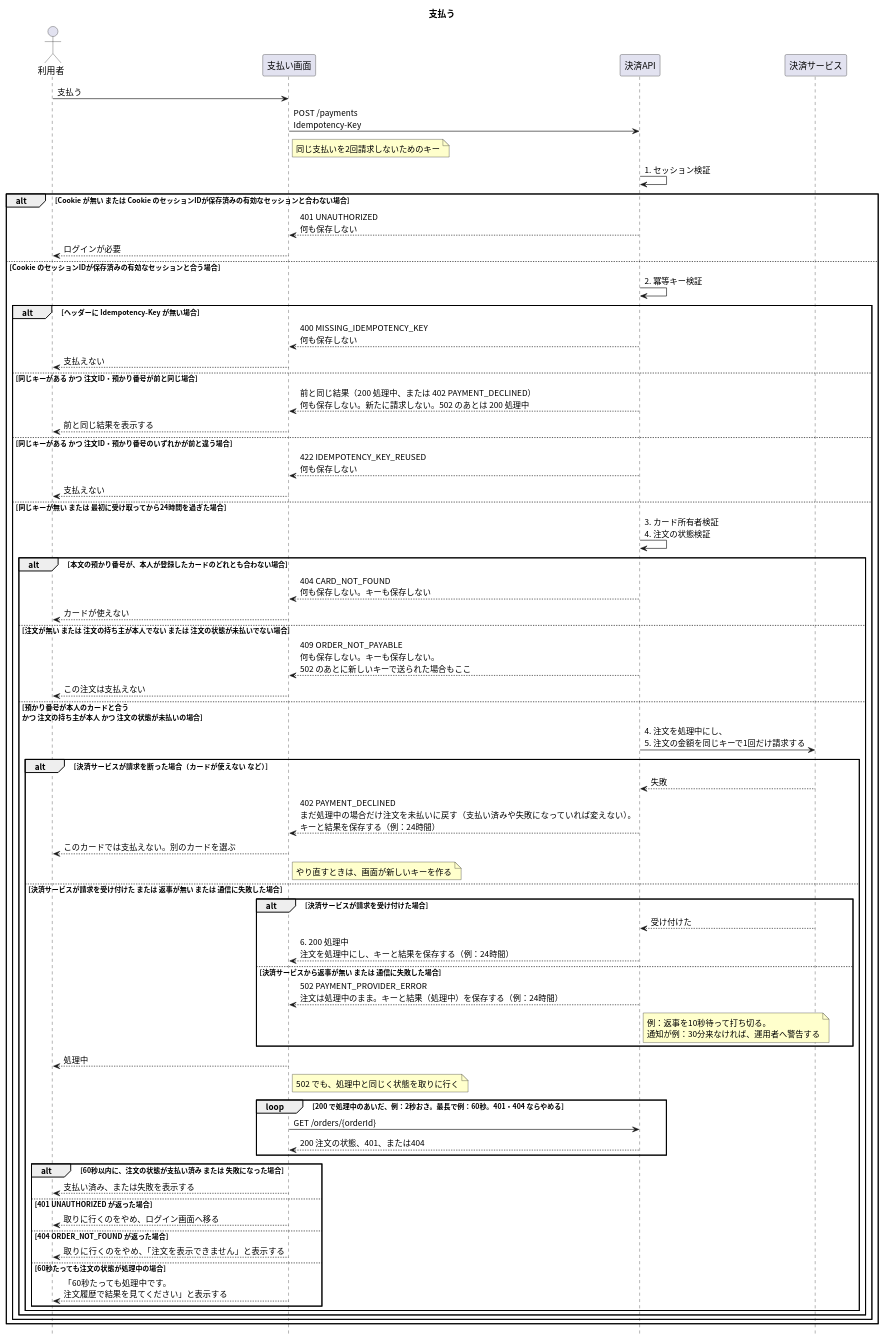
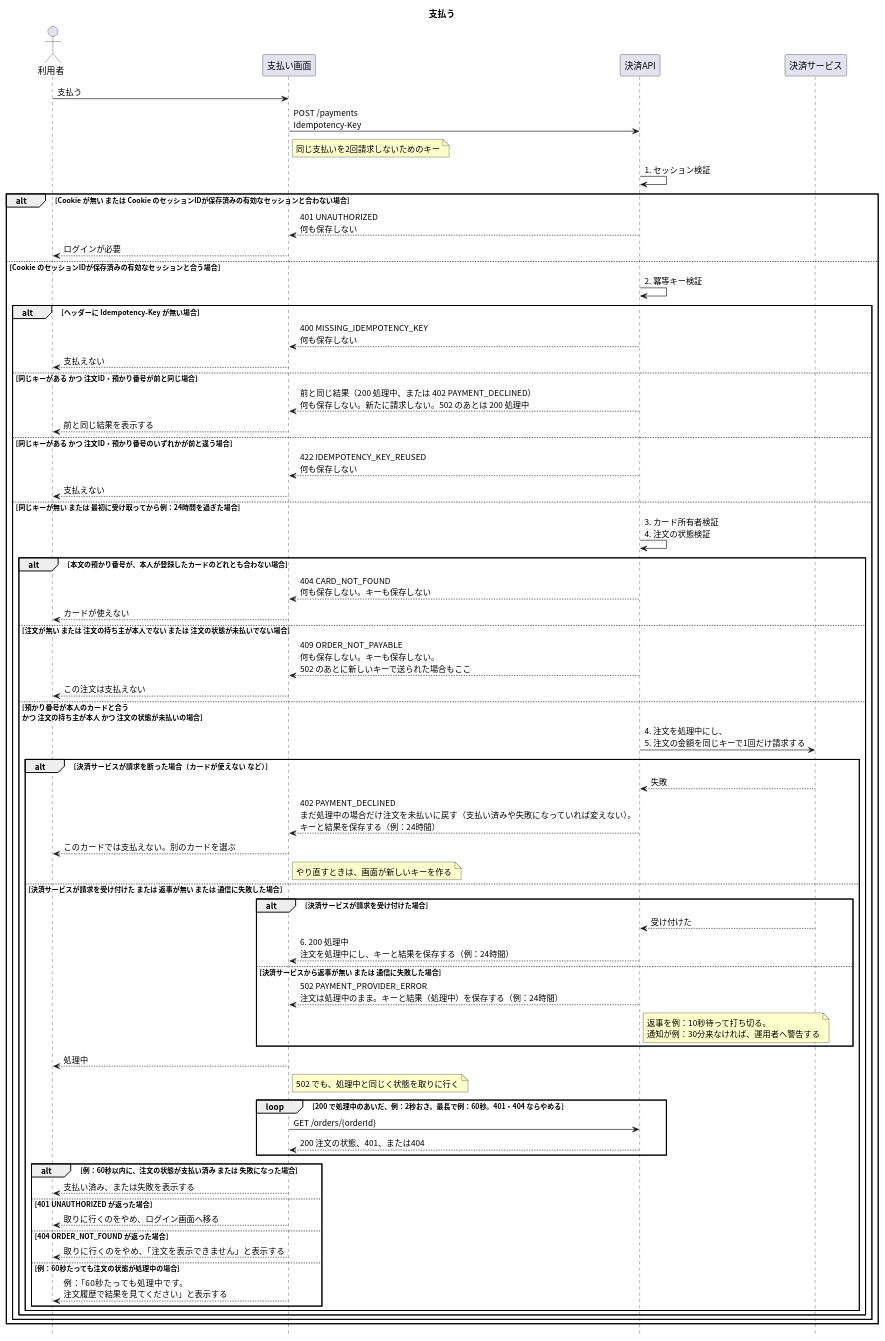
The diagram in apis/create-payment/入口.puml (masamasamasato/design-doc-template), drawn with PlantUML before and after one commit. The commit also changed 17 other files, not shown here.

```diff
--- a/apis/create-payment/入口.puml
+++ b/apis/create-payment/入口.puml
@@ -1,75 +1,75 @@
 @startuml
 skinparam shadowing false
 skinparam defaultFontName "Noto Sans CJK JP"
 skinparam SequenceFontName "Noto Sans CJK JP"
 skinparam NoteBackgroundColor #FFFFCC
 hide footbox
 
 title 支払う
 
 actor "利用者" as User
 participant "支払い画面" as Screen
 participant "決済API" as API
 participant "決済サービス" as PSP
 
 User -> Screen : 支払う
 Screen -> API : POST /payments\nIdempotency-Key
 note right of Screen : 同じ支払いを2回請求しないためのキー
 API -> API : 1. セッション検証
 alt Cookie が無い または Cookie のセッションIDが保存済みの有効なセッションと合わない場合
   API --> Screen : 401 UNAUTHORIZED\n何も保存しない
   Screen --> User : ログインが必要
 else Cookie のセッションIDが保存済みの有効なセッションと合う場合
   API -> API : 2. 冪等キー検証
   alt ヘッダーに Idempotency-Key が無い場合
     API --> Screen : 400 MISSING_IDEMPOTENCY_KEY\n何も保存しない
     Screen --> User : 支払えない
   else 同じキーがある かつ 注文ID・預かり番号が前と同じ場合
     API --> Screen : 前と同じ結果（200 処理中、または 402 PAYMENT_DECLINED）\n何も保存しない。新たに請求しない。502 のあとは 200 処理中
     Screen --> User : 前と同じ結果を表示する
   else 同じキーがある かつ 注文ID・預かり番号のいずれかが前と違う場合
     API --> Screen : 422 IDEMPOTENCY_KEY_REUSED\n何も保存しない
     Screen --> User : 支払えない
-  else 同じキーが無い または 最初に受け取ってから24時間を過ぎた場合
+  else 同じキーが無い または 最初に受け取ってから例：24時間を過ぎた場合
     API -> API : 3. カード所有者検証\n4. 注文の状態検証
     alt 本文の預かり番号が、本人が登録したカードのどれとも合わない場合
       API --> Screen : 404 CARD_NOT_FOUND\n何も保存しない。キーも保存しない
       Screen --> User : カードが使えない
     else 注文が無い または 注文の持ち主が本人でない または 注文の状態が未払いでない場合
       API --> Screen : 409 ORDER_NOT_PAYABLE\n何も保存しない。キーも保存しない。\n502 のあとに新しいキーで送られた場合もここ
       Screen --> User : この注文は支払えない
     else 預かり番号が本人のカードと合う\nかつ 注文の持ち主が本人 かつ 注文の状態が未払いの場合
       API -> PSP : 4. 注文を処理中にし、\n5. 注文の金額を同じキーで1回だけ請求する
       alt 決済サービスが請求を断った場合（カードが使えない など）
         PSP --> API : 失敗
         API --> Screen : 402 PAYMENT_DECLINED\nまだ処理中の場合だけ注文を未払いに戻す（支払い済みや失敗になっていれば変えない）。\nキーと結果を保存する（例：24時間）
         Screen --> User : このカードでは支払えない。別のカードを選ぶ
         note right of Screen : やり直すときは、画面が新しいキーを作る
       else 決済サービスが請求を受け付けた または 返事が無い または 通信に失敗した場合
         alt 決済サービスが請求を受け付けた場合
           PSP --> API : 受け付けた
           API --> Screen : 6. 200 処理中\n注文を処理中にし、キーと結果を保存する（例：24時間）
         else 決済サービスから返事が無い または 通信に失敗した場合
           API --> Screen : 502 PAYMENT_PROVIDER_ERROR\n注文は処理中のまま。キーと結果（処理中）を保存する（例：24時間）
-          note right of API : 例：返事を10秒待って打ち切る。\n通知が例：30分来なければ、運用者へ警告する
+          note right of API : 返事を例：10秒待って打ち切る。\n通知が例：30分来なければ、運用者へ警告する
         end
         Screen --> User : 処理中
         note right of Screen : 502 でも、処理中と同じく状態を取りに行く
         loop 200 で処理中のあいだ、例：2秒おき。最長で例：60秒。401・404 ならやめる
           Screen -> API : GET /orders/{orderId}
           API --> Screen : 200 注文の状態、401、または404
         end
-        alt 60秒以内に、注文の状態が支払い済み または 失敗になった場合
+        alt 例：60秒以内に、注文の状態が支払い済み または 失敗になった場合
           Screen --> User : 支払い済み、または失敗を表示する
         else 401 UNAUTHORIZED が返った場合
           Screen --> User : 取りに行くのをやめ、ログイン画面へ移る
         else 404 ORDER_NOT_FOUND が返った場合
           Screen --> User : 取りに行くのをやめ、「注文を表示できません」と表示する
-        else 60秒たっても注文の状態が処理中の場合
-          Screen --> User : 「60秒たっても処理中です。\n注文履歴で結果を見てください」と表示する
+        else 例：60秒たっても注文の状態が処理中の場合
+          Screen --> User : 例：「60秒たっても処理中です。\n注文履歴で結果を見てください」と表示する
         end
       end
     end
   end
 end
 @enduml
```
